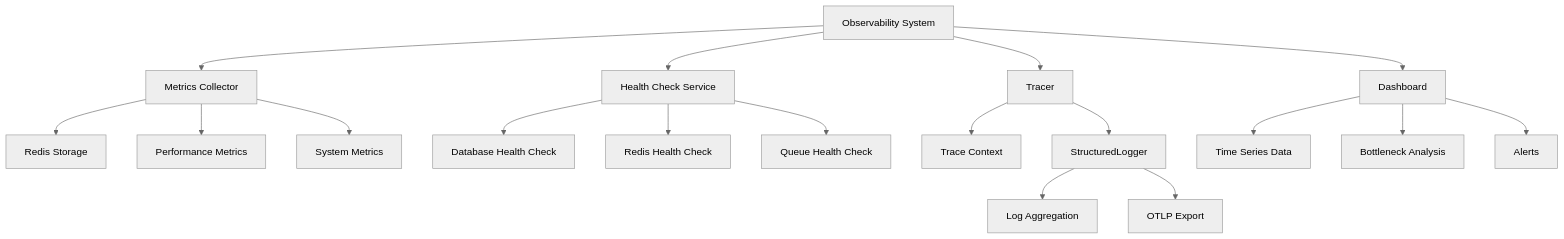
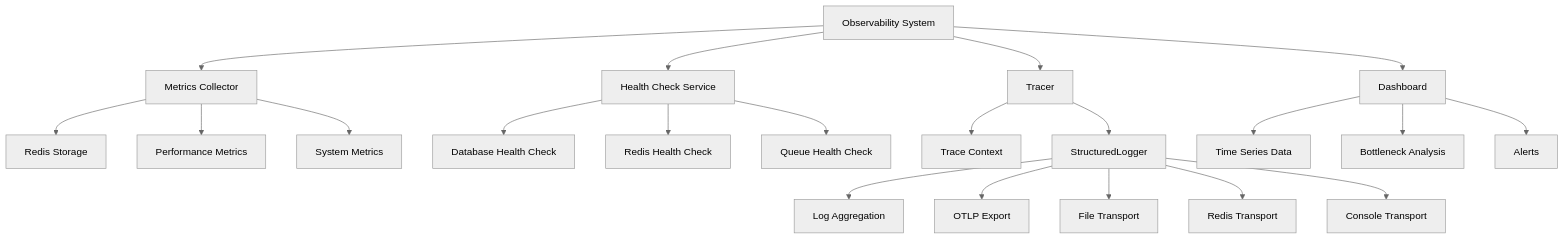
One commit to smedrec/smart-logs changed the first of 13 diagrams in .qoder/repowiki/en/content/Audit Core System/Observability/Observability.md. Above: the diagram before and after it, drawn with Mermaid (neutral theme). The commit also changed other lines of this file and 23 other files, not shown here.

````diff
--- a/.qoder/repowiki/en/content/Audit Core System/Observability/Observability.md
+++ b/.qoder/repowiki/en/content/Audit Core System/Observability/Observability.md
@@ -53,20 +61,23 @@
 ```mermaid
 graph TD
 A[Observability System] --> B[Metrics Collector]
 A --> C[Health Check Service]
 A --> D[Tracer]
 A --> E[Dashboard]
 B --> F[Redis Storage]
 C --> G[Database Health Check]
 C --> H[Redis Health Check]
 C --> I[Queue Health Check]
 D --> J[Trace Context]
 E --> K[Time Series Data]
 E --> L[Bottleneck Analysis]
 B --> M[Performance Metrics]
 B --> N[System Metrics]
 E --> O[Alerts]
 D --> P[StructuredLogger]
 P --> Q[Log Aggregation]
 P --> R[OTLP Export]
+P --> S[File Transport]
+P --> T[Redis Transport]
+P --> U[Console Transport]
 ```
````
